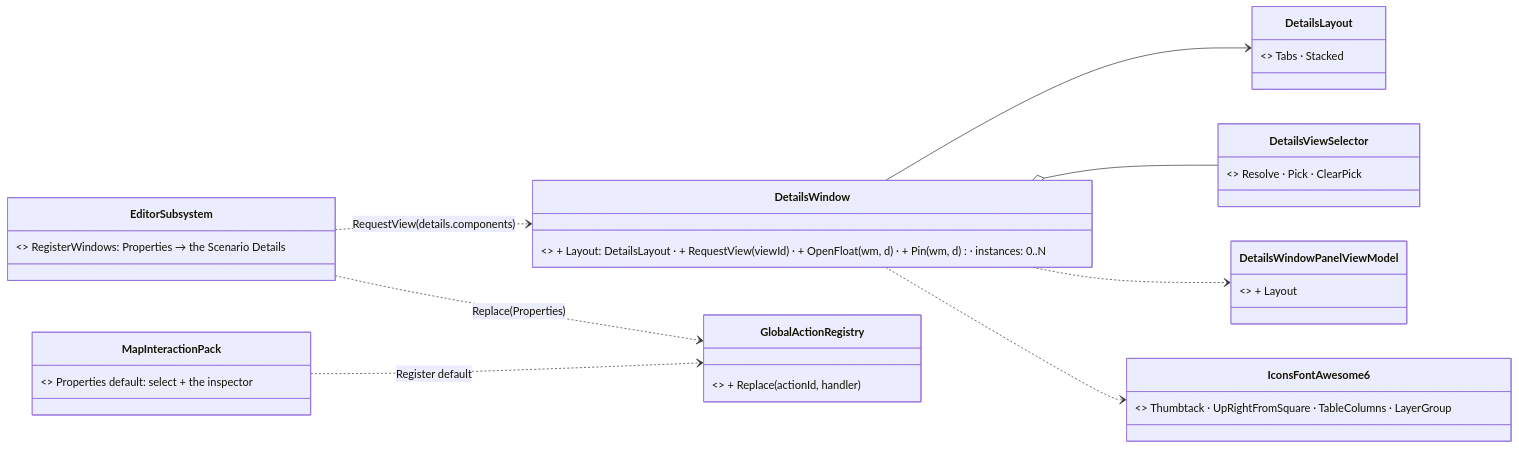
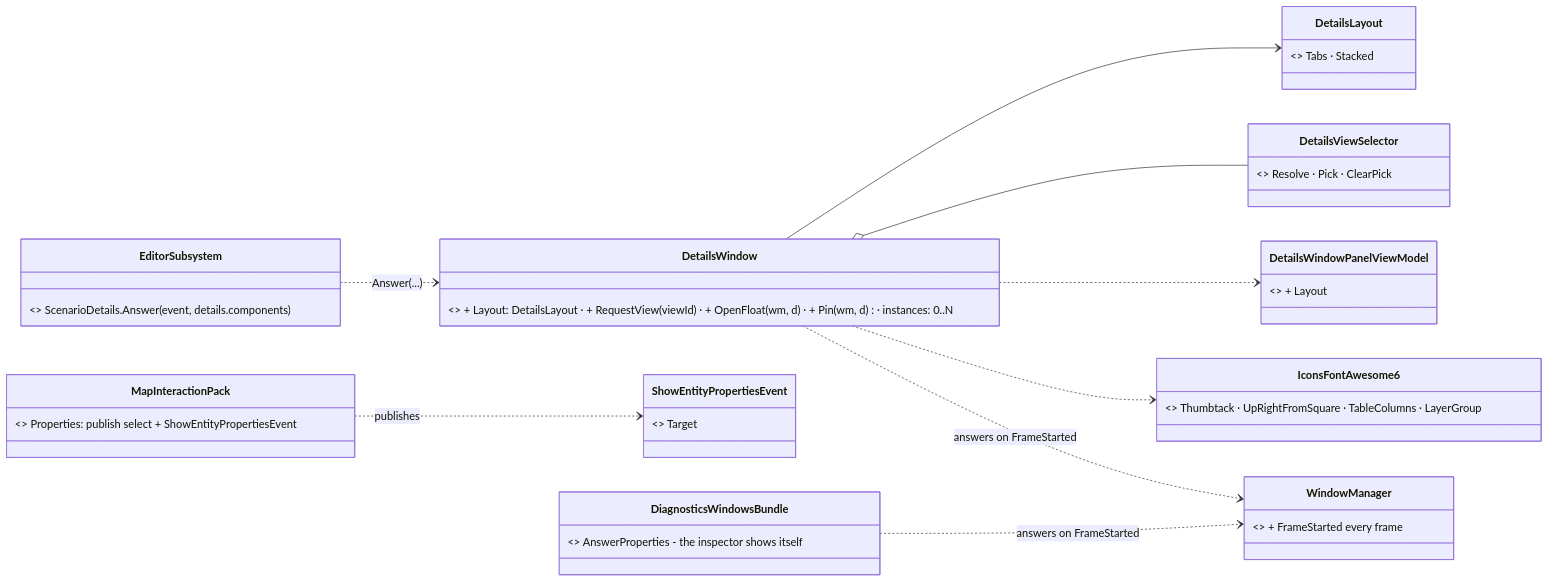
Diagram 11 of 13 in docs/blueprints/DESIGN_Details_Panel_View_Switching.md (pjanec/HROT), drawn with Mermaid before and after one commit. The commit also changed other lines of this file and 15 other files, not shown here.

````diff
--- a/docs/blueprints/DESIGN_Details_Panel_View_Switching.md
+++ b/docs/blueprints/DESIGN_Details_Panel_View_Switching.md
@@ -1019,19 +1020,22 @@
 ```mermaid
 classDiagram
     direction LR
     class DetailsWindow { <<existing, grows>> + Layout: DetailsLayout · + RequestView(viewId) · + OpenFloat(wm, d) · + Pin(wm, d) · instances: 0..N }
     class DetailsLayout { <<NEW enum>> Tabs · Stacked }
     class DetailsViewSelector { <<existing>> Resolve · Pick · ClearPick }
     class DetailsWindowPanelViewModel { <<existing, grows>> + Layout }
-    class GlobalActionRegistry { <<existing, grows>> + Replace(actionId, handler) }
-    class EditorSubsystem { <<existing, grows>> RegisterWindows: Properties → the Scenario Details }
-    class MapInteractionPack { <<existing>> Properties default: select + the inspector }
+    class ShowEntityPropertiesEvent { <<NEW event 8066>> Target }
+    class WindowManager { <<existing, grows>> + FrameStarted every frame }
+    class MapInteractionPack { <<existing>> Properties: publish select + ShowEntityPropertiesEvent }
+    class DiagnosticsWindowsBundle { <<existing, grows>> AnswerProperties - the inspector shows itself }
+    class EditorSubsystem { <<existing, grows>> ScenarioDetails.Answer(event, details.components) }
     class IconsFontAwesome6 { <<existing, grows>> Thumbtack · UpRightFromSquare · TableColumns · LayerGroup }
     DetailsWindow --> DetailsLayout
     DetailsWindow o-- DetailsViewSelector
     DetailsWindow ..> DetailsWindowPanelViewModel
     DetailsWindow ..> IconsFontAwesome6
-    EditorSubsystem ..> GlobalActionRegistry : Replace(Properties)
-    EditorSubsystem ..> DetailsWindow : RequestView(details.components)
-    MapInteractionPack ..> GlobalActionRegistry : Register default
+    MapInteractionPack ..> ShowEntityPropertiesEvent : publishes
+    DetailsWindow ..> WindowManager : answers on FrameStarted
+    DiagnosticsWindowsBundle ..> WindowManager : answers on FrameStarted
+    EditorSubsystem ..> DetailsWindow : Answer(...)
 ```
````
